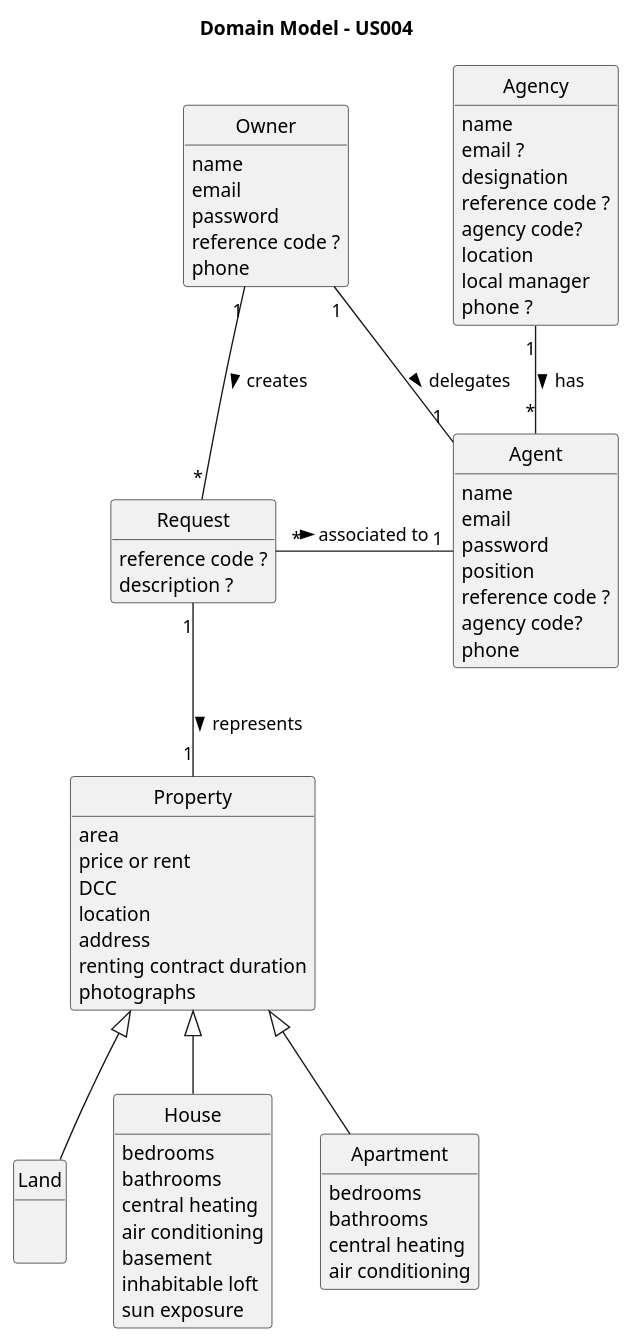
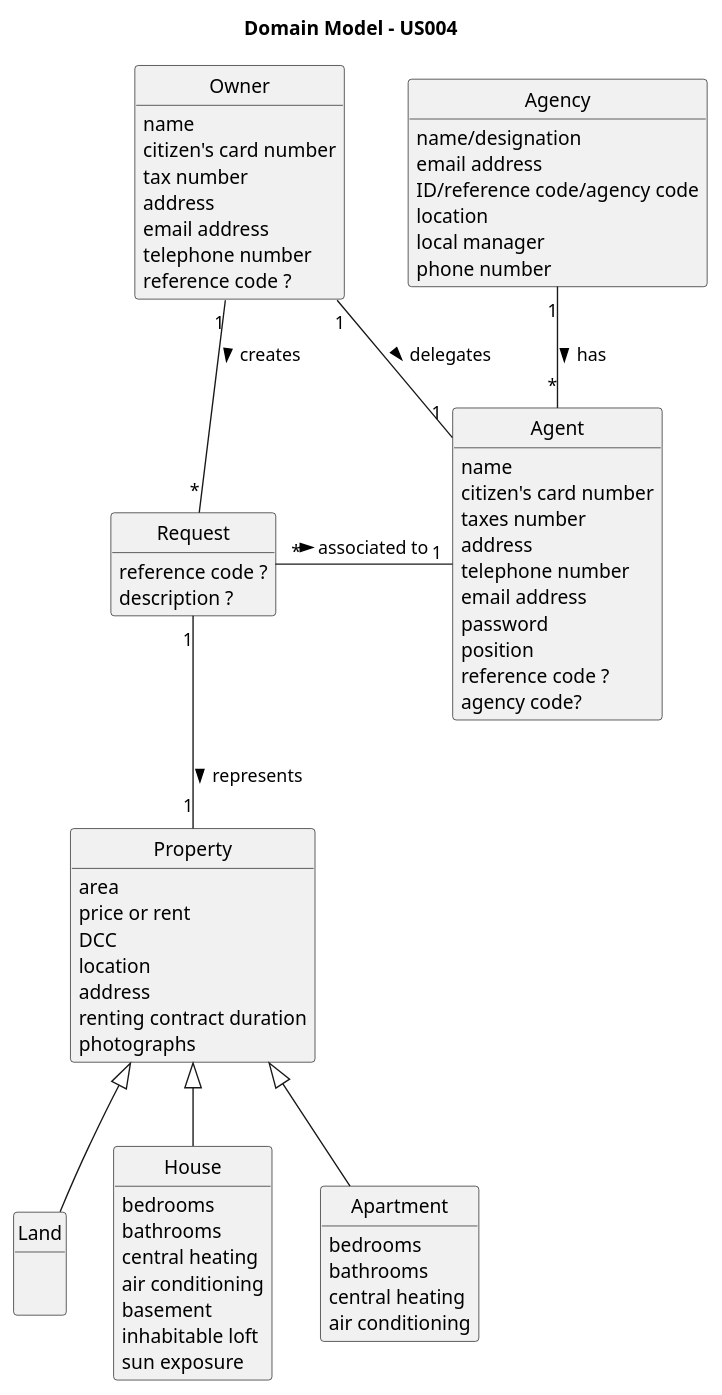
One commit to rita-barbosa/LAPR2-2223 changed the diagram in docs/sprintA/us004/02.analysis/puml/us004-domain-model.puml. Above: the diagram before and after it, drawn with PlantUML. The commit also changed 15 other files, not shown here.

Commit message:
US004 ER Readme.md tweaks us004-domain-model.puml tweaks US005 tweaks

```diff
--- a/docs/sprintA/us004/02.analysis/puml/us004-domain-model.puml
+++ b/docs/sprintA/us004/02.analysis/puml/us004-domain-model.puml
@@ -1,99 +1,94 @@
 @startuml
 skinparam monochrome true
 skinparam packageStyle rectangle
 skinparam shadowing false
 
 'left to right direction
 
 skinparam classAttributeIconSize 0
 
 hide circle
 hide methods
 
 title Domain Model - US004
 
 class Request{
     reference code ?
     description ?
 }
 
 
 class Property {
     area
     price or rent
     DCC
     location
     address
     renting contract duration
     photographs
 }
 
 
 class Land extends Property{
     \n
 }
 
 class House extends Property{
     bedrooms
     bathrooms
     central heating
     air conditioning
     basement
     inhabitable loft
     sun exposure
 }
 
 class Apartment extends Property{
     bedrooms
     bathrooms
     central heating
     air conditioning
 }
 
 class Agent {
     name
-    email
+    citizen's card number
+    taxes number
+    address
+    telephone number
+    email address
     password
     position
     reference code ?
     agency code?
-    phone
 }
 
+
 class Agency {
-    name
-    email ?
-    designation
-    reference code ?
-    agency code?
+    name/designation
+    email address
+    ID/reference code/agency code
     location
     local manager
-    phone ?
+    phone number
 }
 
 
 
 
 class Owner {
     name
-    email
-    password
+    citizen's card number
+    tax number
+    address
+    email address
+    telephone number
     reference code ?
-    phone
 }
-
-
-'class User {
-'    name
-'    email
-'    password
-'    reference code
-'    phone
-'}
 
 Request "1" -- "1" Property : represents >
 Agency "1" -- "*" Agent : has >
 Owner "1" -- "*" Request : creates >
 Request " *" - "1" Agent : associated to >
 Owner "1" -- "1" Agent : delegates >
 @enduml
```
